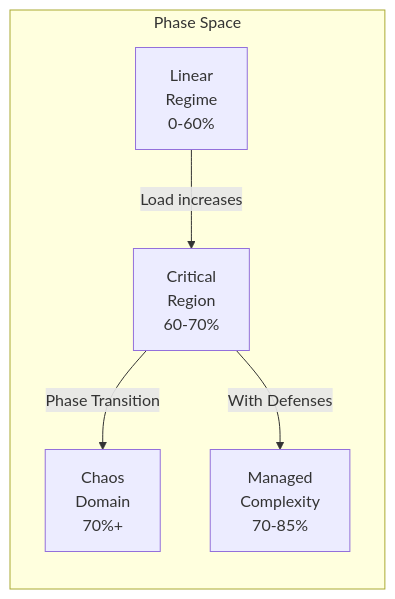
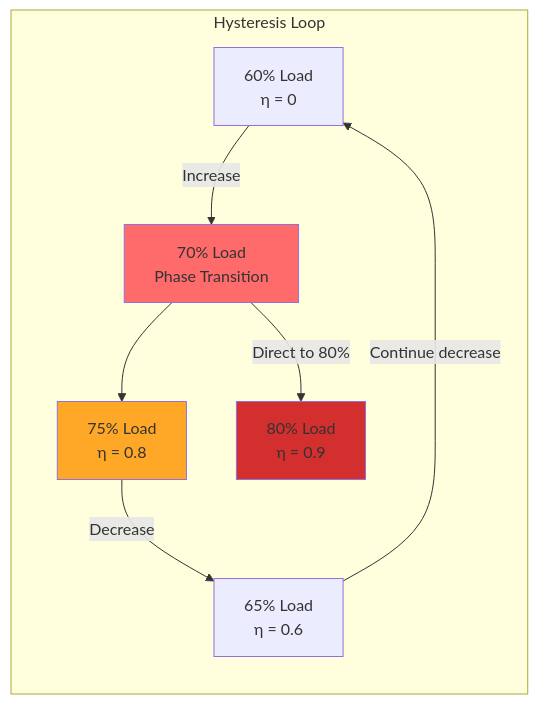
One commit to deepaucksharma/DStudio changed the third of 3 diagrams in docs/core-principles/laws/emergent-chaos.md. Above: the diagram before and after it, drawn with Mermaid. The commit also changed other lines of this file and 258 other files, not shown here.

````diff
--- a/docs/core-principles/laws/emergent-chaos.md
+++ b/docs/core-principles/laws/emergent-chaos.md
@@ -57,8 +459,14 @@
 ```mermaid
 graph LR
-    subgraph "Phase Space"
-        A[Linear<br/>Regime<br/>0-60%] -->|Load increases| B[Critical<br/>Region<br/>60-70%]
-        B -->|Phase Transition| C[Chaos<br/>Domain<br/>70%+]
-        B -->|With Defenses| D[Managed<br/>Complexity<br/>70-85%]
+    subgraph "Hysteresis Loop"
+        A[60% Load<br/>η = 0] -->|Increase| B[70% Load<br/>Phase Transition]
+        B --> C[75% Load<br/>η = 0.8]
+        C -->|Decrease| D[65% Load<br/>η = 0.6]
+        D -->|Continue decrease| A
+        B -->|Direct to 80%| E[80% Load<br/>η = 0.9]
     end
+    
+    style B fill:#ff6b6b
+    style C fill:#ffa726
+    style E fill:#d32f2f
 ```
````
